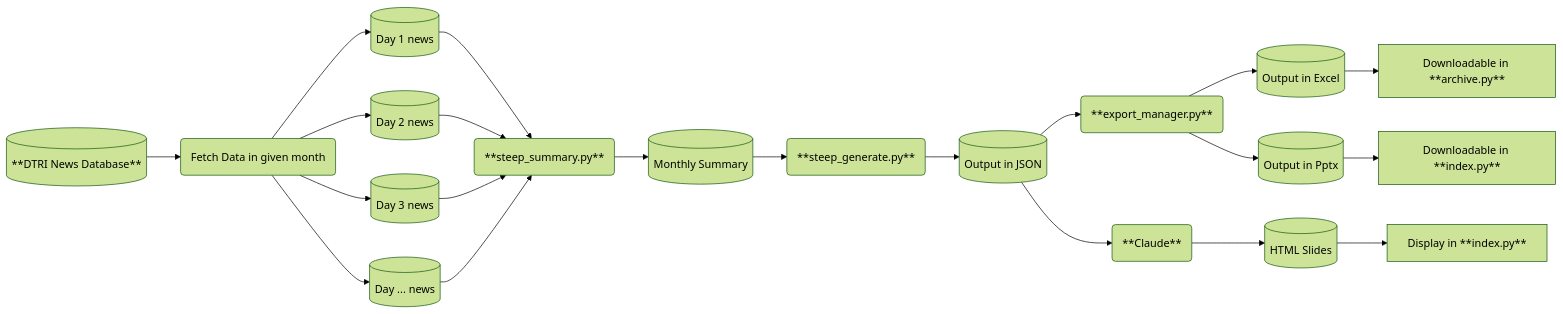
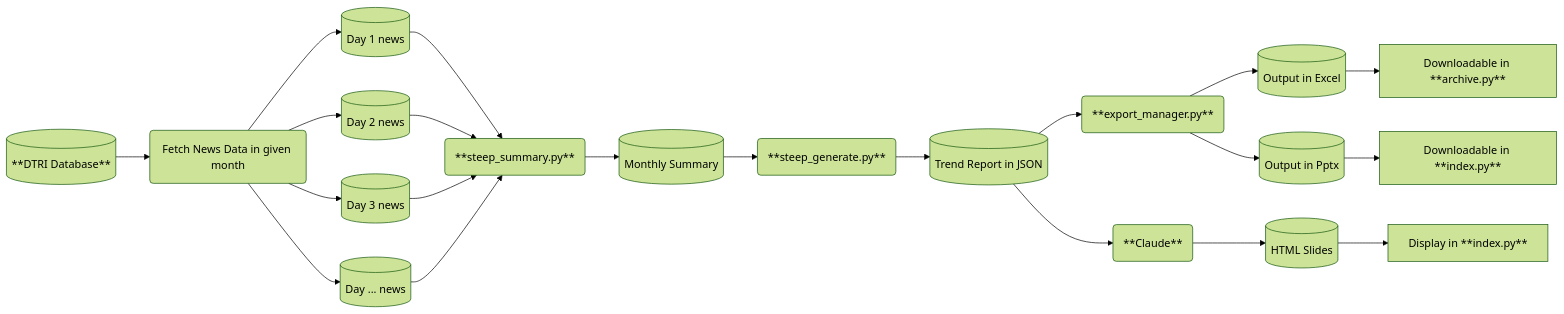
Before and after one commit to taaqat/demand-foresight-trend-report-generator: the first of 3 diagrams in README.md, drawn with Mermaid (forest theme). The commit also changed other lines of this file, not shown here.

````diff
--- a/README.md
+++ b/README.md
@@ -4,21 +4,22 @@
 ```mermaid
 flowchart LR
-    IIIDB[(**DTRI News Database**)] --> Fetch(Fetch Data in given month)
+    IIIDB[(**DTRI Database**)] --> Fetch(Fetch News Data in given month)
     Fetch --> A[(Day 1 news)] --> DaySum(**steep_summary.py**)
     Fetch --> B[(Day 2 news)] --> DaySum
     Fetch --> C[(Day 3 news)] --> DaySum
     Fetch --> Etc[(Day ... news)] --> DaySum
 
     DaySum --> MonthSum[(Monthly Summary)] --> Gen(**steep_generate.py**)
-    Gen --> Out1[(Output in JSON)]
+    Gen --> Out1[(Trend Report in JSON)]
 
     Out1 --> Exp(**export_manager.py**)
     Exp --> Exc[(Output in Excel)]
     Exp --> Ppt[(Output in Pptx)]
     Exc --> F1[Downloadable in **archive.py**]
     Ppt --> F[Downloadable in **index.py**]
 
     Out1 --> HTMLGEN(**Claude**)
     HTMLGEN --> HTMLSlide[(HTML Slides)] --> F3[Display in **index.py**]
 
+
 ```
````
